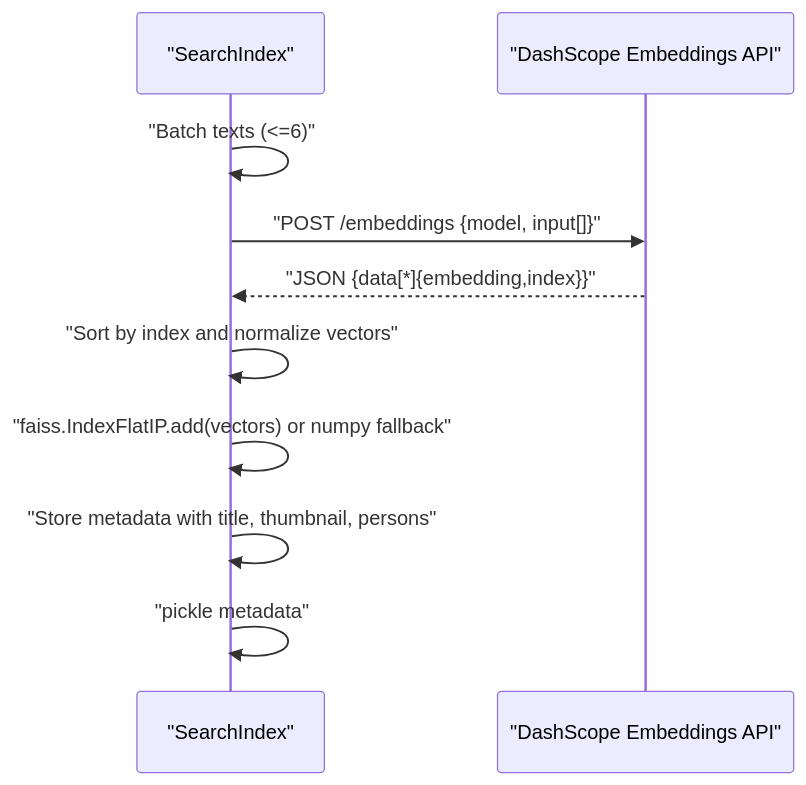
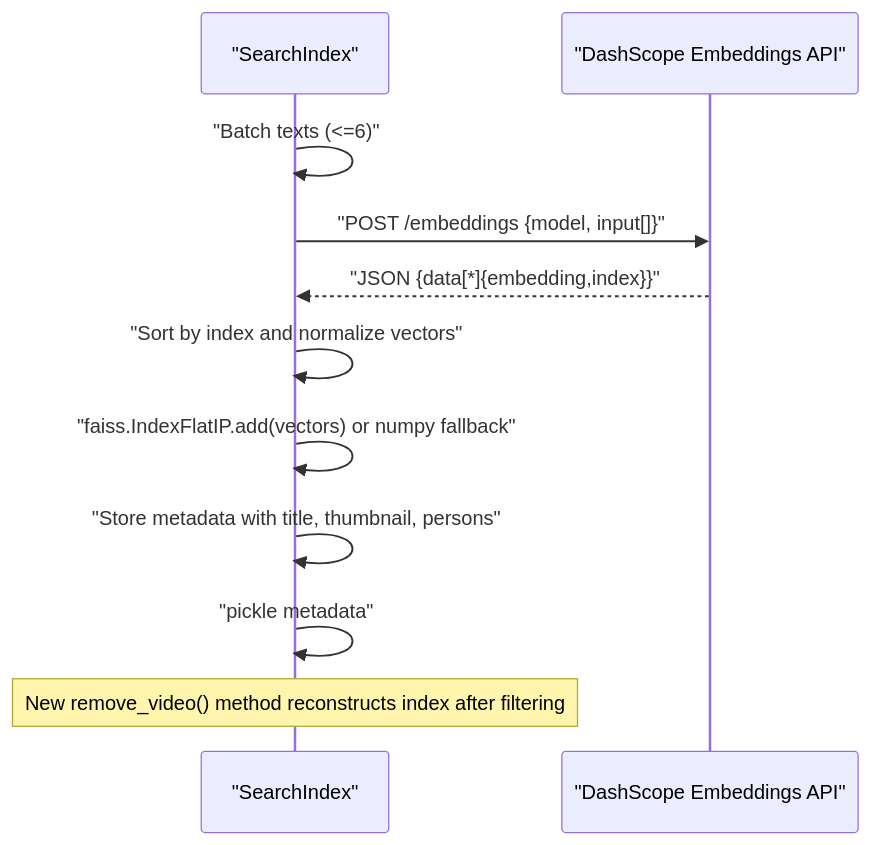
One commit to alexandreybasta-cyber/dubai-media-ai changed the fifth of 10 diagrams in .qoder/repowiki/en/content/Media Processing Pipeline/Search Index Stage.md. Above: the diagram before and after it, drawn with Mermaid. The commit also changed other lines of this file and 43 other files, not shown here.

````diff
--- a/.qoder/repowiki/en/content/Media Processing Pipeline/Search Index Stage.md
+++ b/.qoder/repowiki/en/content/Media Processing Pipeline/Search Index Stage.md
@@ -284,12 +299,13 @@
 ```mermaid
 sequenceDiagram
 participant SI as "SearchIndex"
 participant DS as "DashScope Embeddings API"
 SI->>SI : "Batch texts (<=6)"
 SI->>DS : "POST /embeddings {model, input[]}"
 DS-->>SI : "JSON {data[*]{embedding,index}}"
 SI->>SI : "Sort by index and normalize vectors"
 SI->>SI : "faiss.IndexFlatIP.add(vectors) or numpy fallback"
 SI->>SI : "Store metadata with title, thumbnail, persons"
 SI->>SI : "pickle metadata"
+Note over SI : New remove_video() method reconstructs index after filtering
 ```
````
